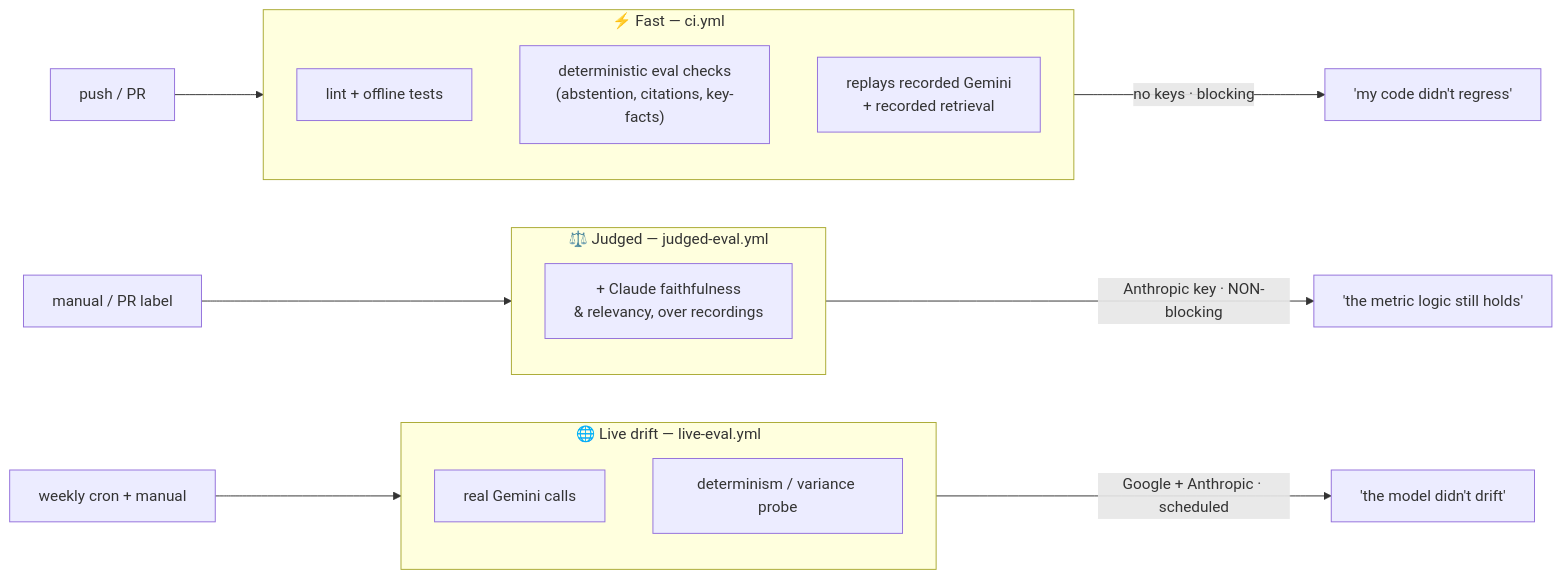
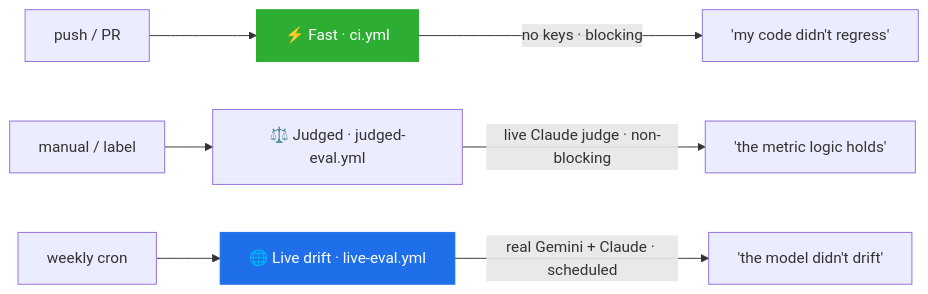
Before and after one commit to MiltonKlun/EvalHarness: the second of 2 diagrams in README.md, drawn with Mermaid. The commit also changed other lines of this file, not shown here.

````diff
--- a/README.md
+++ b/README.md
@@ -101,25 +116,15 @@
 ```mermaid
 flowchart LR
-    PUSH["push / PR"] --> FAST
-    LABEL["manual / PR label"] --> JUDGED
-    CRON["weekly cron + manual"] --> LIVE
-
-    subgraph FAST["⚡ Fast — ci.yml"]
-        F1["lint + offline tests"]
-        F2["deterministic eval checks<br/>(abstention, citations, key-facts)"]
-        F3["replays recorded Gemini<br/>+ recorded retrieval"]
-    end
-
-    subgraph JUDGED["⚖️ Judged — judged-eval.yml"]
-        J1["+ Claude faithfulness<br/>& relevancy, over recordings"]
-    end
-
-    subgraph LIVE["🌐 Live drift — live-eval.yml"]
-        L1["real Gemini calls"]
-        L2["determinism / variance probe"]
-    end
+    PUSH["push / PR"] --> FAST["⚡ Fast · ci.yml"]
+    LABEL["manual / label"] --> JUDGED["⚖️ Judged · judged-eval.yml"]
+    CRON["weekly cron"] --> LIVE["🌐 Live drift · live-eval.yml"]
 
     FAST   -->|"no keys · blocking"| PF["'my code didn't regress'"]
-    JUDGED -->|"Anthropic key · NON-blocking"| PJ["'the metric logic still holds'"]
-    LIVE   -->|"Google + Anthropic · scheduled"| PL["'the model didn't drift'"]
+    JUDGED -->|"live Claude judge · non-blocking"| PJ["'the metric logic holds'"]
+    LIVE   -->|"real Gemini + Claude · scheduled"| PL["'the model didn't drift'"]
+
+    classDef fast fill:#2ead33,stroke:#2ead33,color:#fff;
+    classDef live fill:#1f6feb,stroke:#1f6feb,color:#fff;
+    class FAST fast;
+    class LIVE live;
 ```
````
